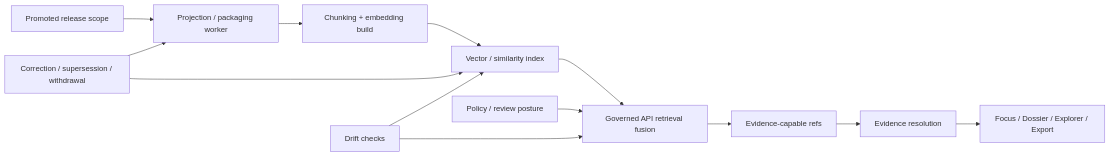
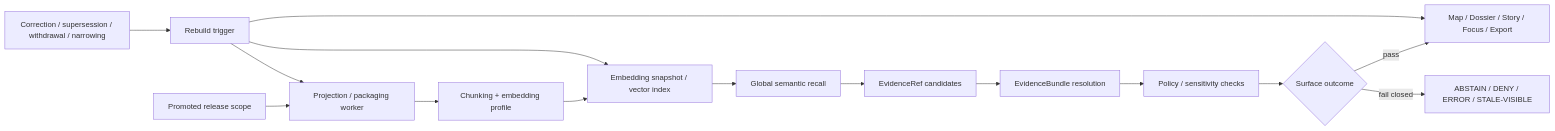
The diagram in docs/search/drift/embeddings/README.md (bartytime4life/Kansas-Frontier-Matrix), drawn with Mermaid before and after one commit. The commit also changed other lines of this file, not shown here.

First line of the commit message:
Revise embedding retrieval README for clarity

````diff
--- a/docs/search/drift/embeddings/README.md
+++ b/docs/search/drift/embeddings/README.md
@@ -278,16 +306,19 @@
 ```mermaid
 flowchart LR
     A[Promoted release scope] --> B[Projection / packaging worker]
-    B --> C[Chunking + embedding build]
-    C --> D[Vector / similarity index]
-    D --> E[Governed API retrieval fusion]
-    E --> F[Evidence-capable refs]
-    F --> G[Evidence resolution]
-    G --> H[Focus / Dossier / Explorer / Export]
+    B --> C[Chunking + embedding profile]
+    C --> D[Embedding snapshot / vector index]
+    D --> E[Global semantic recall]
+    E --> F[EvidenceRef candidates]
+    F --> G[EvidenceBundle resolution]
+    G --> H[Policy / sensitivity checks]
+    H --> I{Surface outcome}
 
-    I[Correction / supersession / withdrawal] --> B
-    I --> D
-    J[Policy / review posture] --> E
-    K[Drift checks] --> D
-    K --> E
+    I -->|pass| J[Map / Dossier / Story / Focus / Export]
+    I -->|fail closed| K[ABSTAIN / DENY / ERROR / STALE-VISIBLE]
+
+    L[Correction / supersession / withdrawal / narrowing] --> M[Rebuild trigger]
+    M --> B
+    M --> D
+    M --> J
 ```
````
